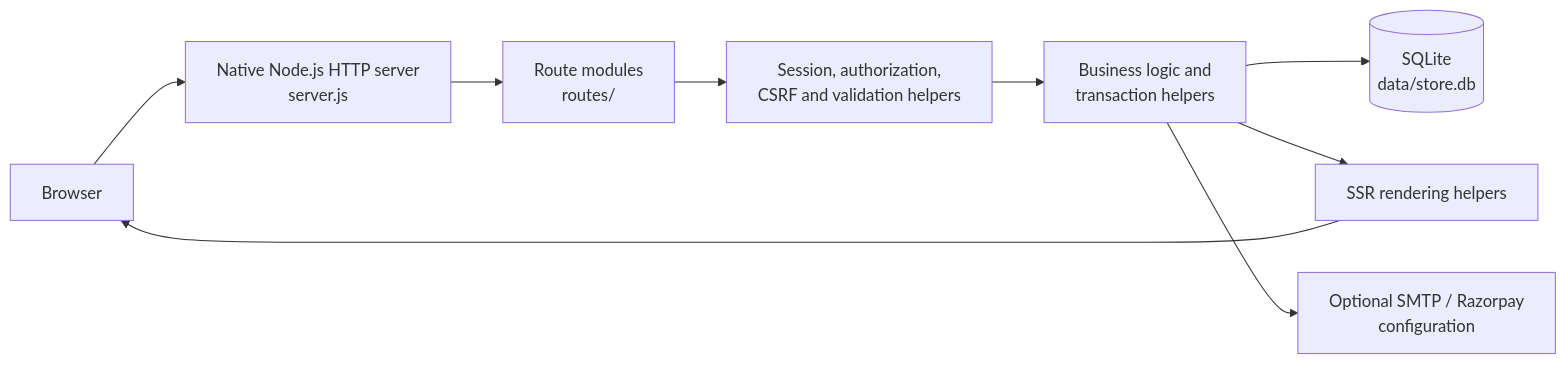
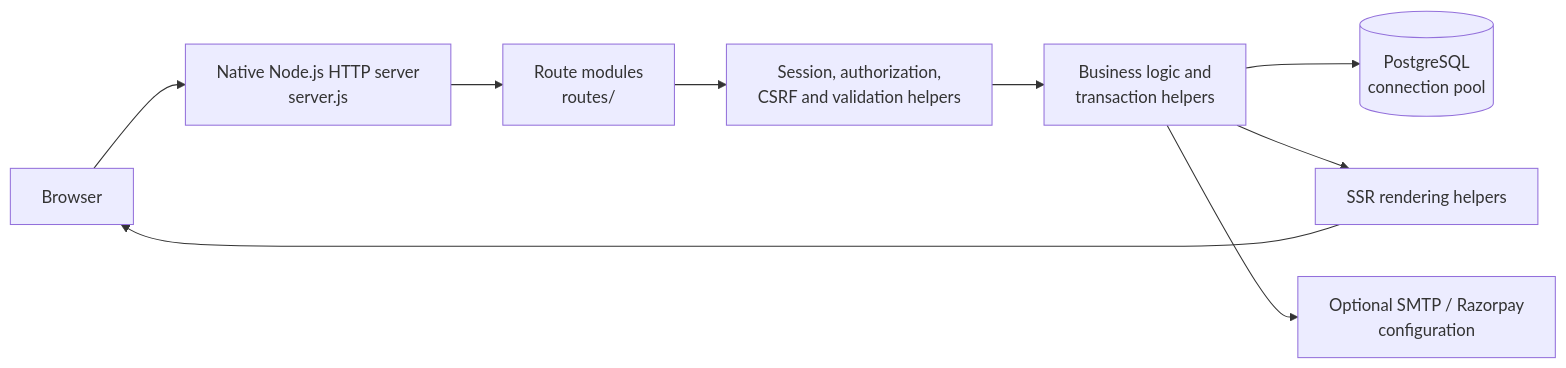
One commit to Ashish-Raj278/PrintOasis changed the diagram in README.md. Above: the diagram before and after it, drawn with Mermaid. The commit also changed other lines of this file and 23 other files, not shown here.

Commit message:
feat: migrate PrintOasis to PostgreSQL

````diff
--- a/README.md
+++ b/README.md
@@ -59,11 +59,11 @@
 ```mermaid
 flowchart LR
     B[Browser] --> S[Native Node.js HTTP server<br/>server.js]
     S --> R[Route modules<br/>routes/]
     R --> G[Session, authorization,<br/>CSRF and validation helpers]
     G --> L[Business logic and<br/>transaction helpers]
-    L --> D[(SQLite<br/>data/store.db)]
+    L --> D[(PostgreSQL<br/>connection pool)]
     L --> V[SSR rendering helpers]
     V --> B
     L --> E[Optional SMTP / Razorpay<br/>configuration]
 ```
````
